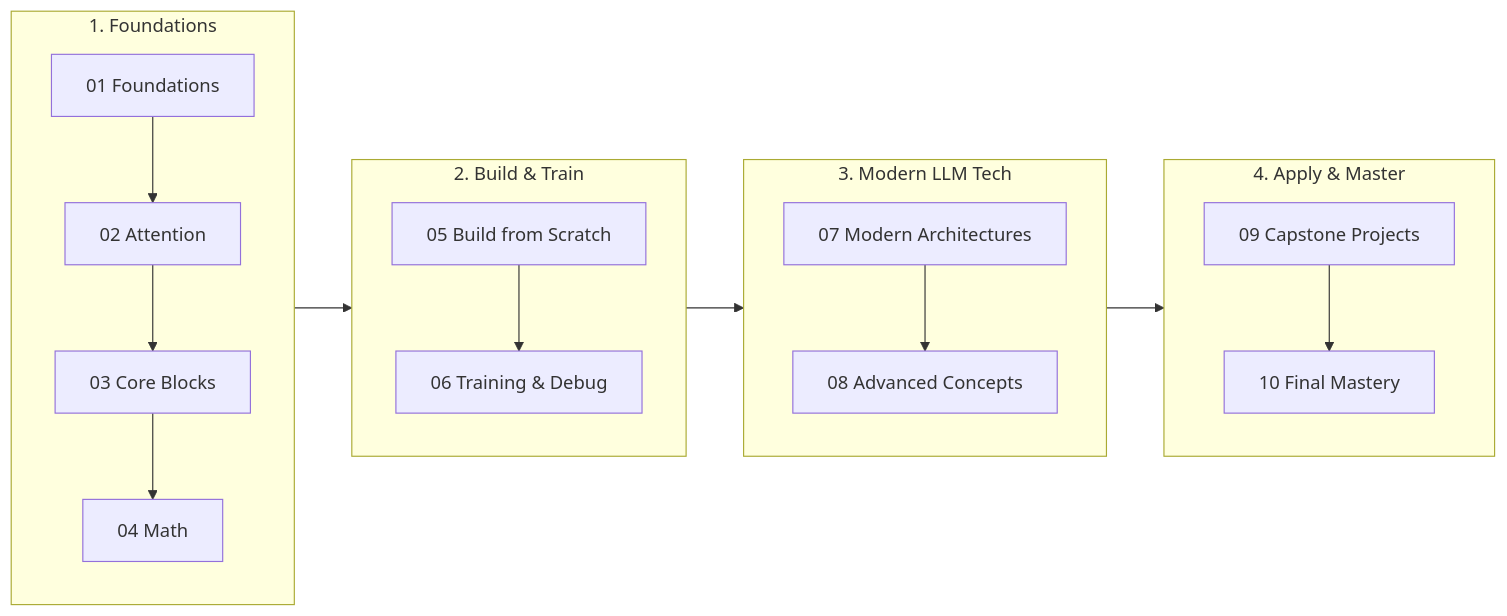
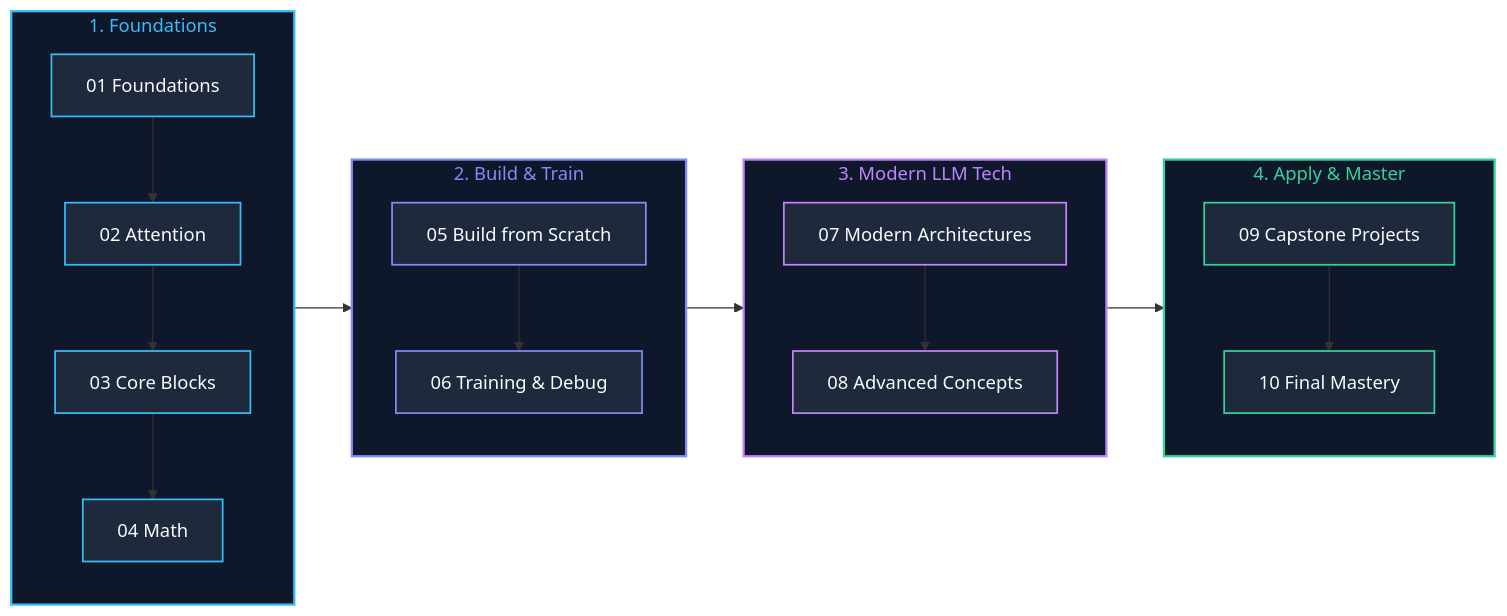
Before and after one commit to himanshu-jadhav108/Transformer-Mastery: the second of 2 diagrams in README.md, drawn with Mermaid. The commit also changed other lines of this file and 1 other file, not shown here.

````diff
--- a/README.md
+++ b/README.md
@@ -132,16 +134,35 @@
 ```mermaid
 flowchart LR
     subgraph Foundations["1. Foundations"]
         F["01 Foundations"] --> A["02 Attention"] --> C["03 Core Blocks"] --> M["04 Math"]
     end
     subgraph Build["2. Build & Train"]
         B["05 Build from Scratch"] --> T["06 Training & Debug"]
     end
     subgraph Modern["3. Modern LLM Tech"]
         MO["07 Modern Architectures"] --> AD["08 Advanced Concepts"]
     end
     subgraph Apply["4. Apply & Master"]
         P["09 Capstone Projects"] --> MA["10 Final Mastery"]
     end
     Foundations --> Build --> Modern --> Apply
+
+    style Foundations fill:#0f172a,stroke:#38bdf8,stroke-width:2px,color:#38bdf8
+    style Build fill:#0f172a,stroke:#818cf8,stroke-width:2px,color:#818cf8
+    style Modern fill:#0f172a,stroke:#c084fc,stroke-width:2px,color:#c084fc
+    style Apply fill:#0f172a,stroke:#34d399,stroke-width:2px,color:#34d399
+
+    style F fill:#1e293b,stroke:#38bdf8,stroke-width:1.5px,color:#f8fafc
+    style A fill:#1e293b,stroke:#38bdf8,stroke-width:1.5px,color:#f8fafc
+    style C fill:#1e293b,stroke:#38bdf8,stroke-width:1.5px,color:#f8fafc
+    style M fill:#1e293b,stroke:#38bdf8,stroke-width:1.5px,color:#f8fafc
+
+    style B fill:#1e293b,stroke:#818cf8,stroke-width:1.5px,color:#f8fafc
+    style T fill:#1e293b,stroke:#818cf8,stroke-width:1.5px,color:#f8fafc
+
+    style MO fill:#1e293b,stroke:#c084fc,stroke-width:1.5px,color:#f8fafc
+    style AD fill:#1e293b,stroke:#c084fc,stroke-width:1.5px,color:#f8fafc
+
+    style P fill:#1e293b,stroke:#34d399,stroke-width:1.5px,color:#f8fafc
+    style MA fill:#1e293b,stroke:#34d399,stroke-width:1.5px,color:#f8fafc
 ```
````
